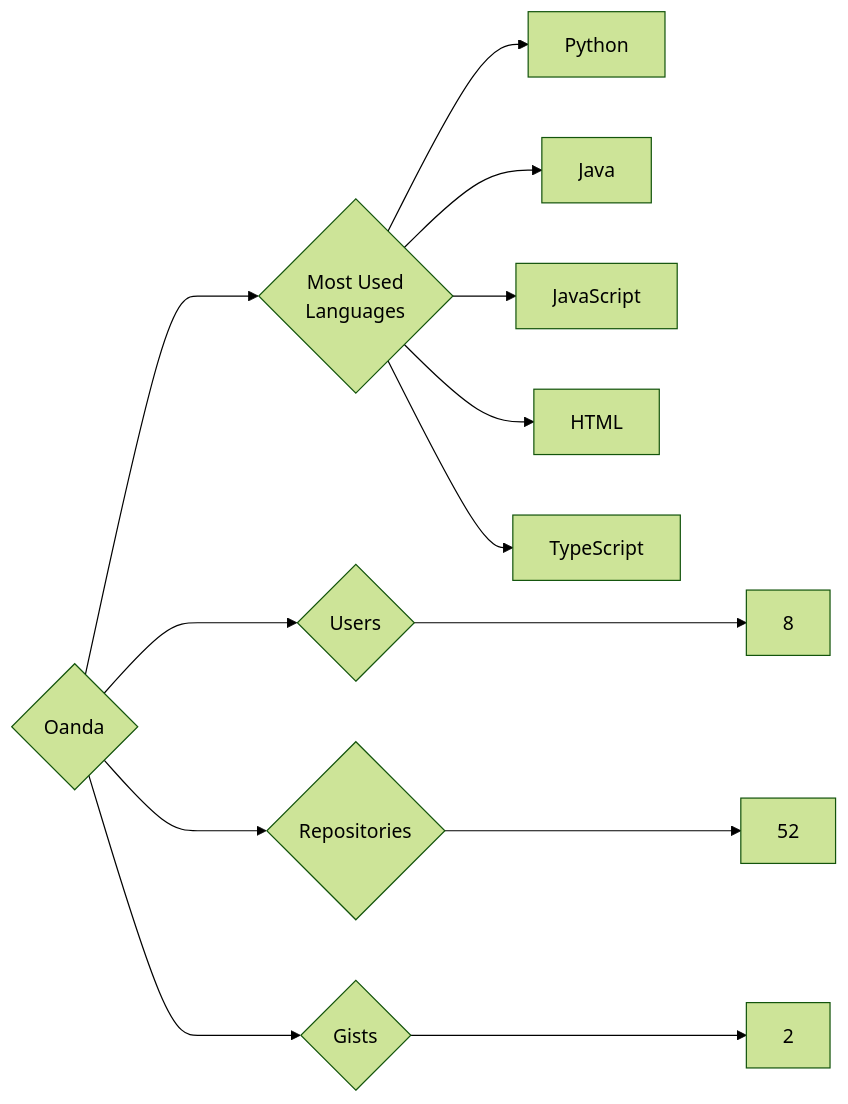
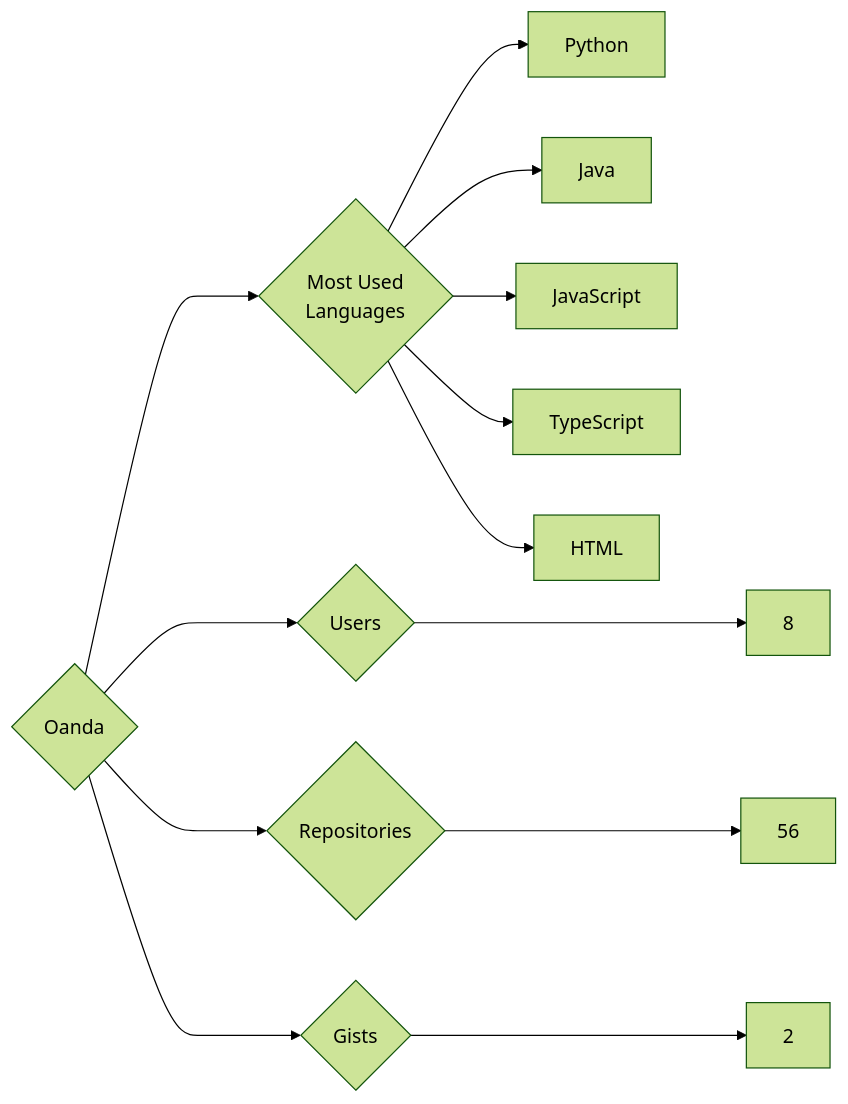
One commit to trickest/insiders changed the diagram in targets/Oanda/README.md. Above: the diagram before and after it, drawn with Mermaid (forest theme). The commit also changed 1496 other files, not shown here.

````diff
--- a/targets/Oanda/README.md
+++ b/targets/Oanda/README.md
@@ -3,13 +3,13 @@
 ```mermaid
 graph LR
 COMPANY_NAME{Oanda}
 COMPANY_NAME ---> U{Users} ---> UN[8]
-COMPANY_NAME ---> R{Repositories} ---> RN[52]
+COMPANY_NAME ---> R{Repositories} ---> RN[56]
 COMPANY_NAME ---> G{Gists} ---> GN[2]
 COMPANY_NAME ---> ML{Most Used<br>Languages}
 ML --> Python[Python]
 ML --> Java[Java]
 ML --> JavaScript[JavaScript]
+ML --> TypeScript[TypeScript]
 ML --> HTML[HTML]
-ML --> TypeScript[TypeScript]
 ```
````
